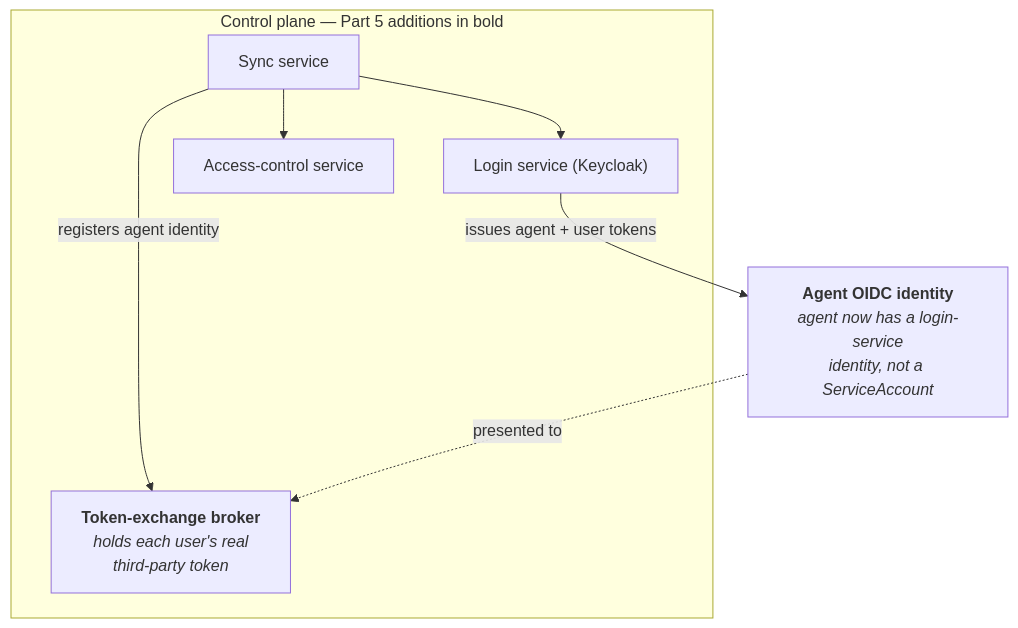
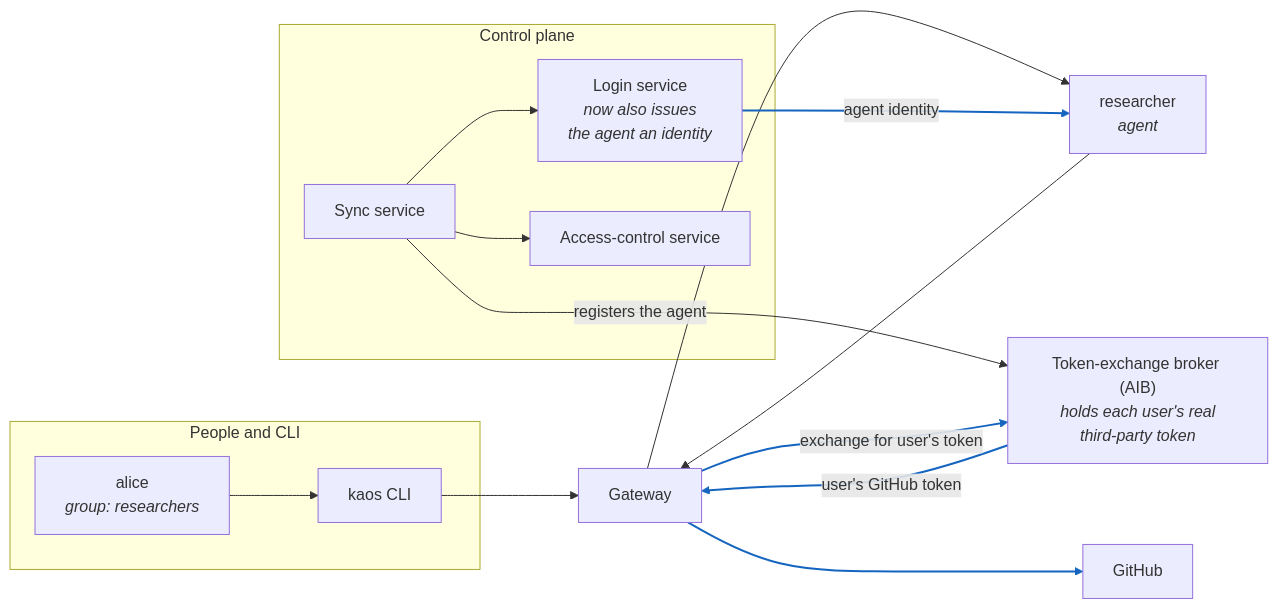
One commit to axsaucedo/kaos changed the fifth of 6 diagrams in docs/examples/authorization-draft.md. Above: the diagram before and after it, drawn with Mermaid. The commit also changed other lines of this file, not shown here.

Commit message:
docs: apply review to authorization walkthrough (accuracy, filler, diagrams)

````diff
--- a/docs/examples/authorization-draft.md
+++ b/docs/examples/authorization-draft.md
@@ -680,15 +751,33 @@
 ```mermaid
-flowchart TB
-  subgraph cp["Control plane — Part 5 additions in bold"]
+flowchart LR
+  subgraph left["People and CLI"]
+    alice["alice<br/><i>group: researchers</i>"]
+    CLI["kaos CLI"]
+  end
+  subgraph control["Control plane"]
+    LOGIN["Login service<br/><i>now also issues<br/>the agent an identity</i>"]
+    AC["Access-control service"]
     SYNC["Sync service"]
-    LOGIN["Login service (Keycloak)"]
-    AC["Access-control service"]
-    BROKER["<b>Token-exchange broker</b><br/><i>holds each user's real<br/>third-party token</i>"]
   end
-  AGENTID["<b>Agent OIDC identity</b><br/><i>agent now has a login-service<br/>identity, not a ServiceAccount</i>"]
+  GW["Gateway"]
+  RES["researcher<br/><i>agent</i>"]
+  BROKER["Token-exchange broker (AIB)<br/><i>holds each user's real<br/>third-party token</i>"]
+  GH["GitHub"]
+
+  alice --> CLI
+  CLI --> GW
   SYNC --> LOGIN
   SYNC --> AC
-  SYNC -->|"registers agent identity"| BROKER
-  AGENTID -.->|"presented to"| BROKER
-  LOGIN -->|"issues agent + user tokens"| AGENTID
+  SYNC -->|"registers the agent"| BROKER
+  GW --> RES
+  RES --> GW
+  LOGIN -->|"agent identity"| RES
+  GW -->|"exchange for user's token"| BROKER
+  BROKER -->|"user's GitHub token"| GW
+  GW --> GH
+
+  linkStyle 7 stroke:#1565c0,stroke-width:2px;
+  linkStyle 8 stroke:#1565c0,stroke-width:2px;
+  linkStyle 9 stroke:#1565c0,stroke-width:2px;
+  linkStyle 10 stroke:#1565c0,stroke-width:2px;
 ```
````
